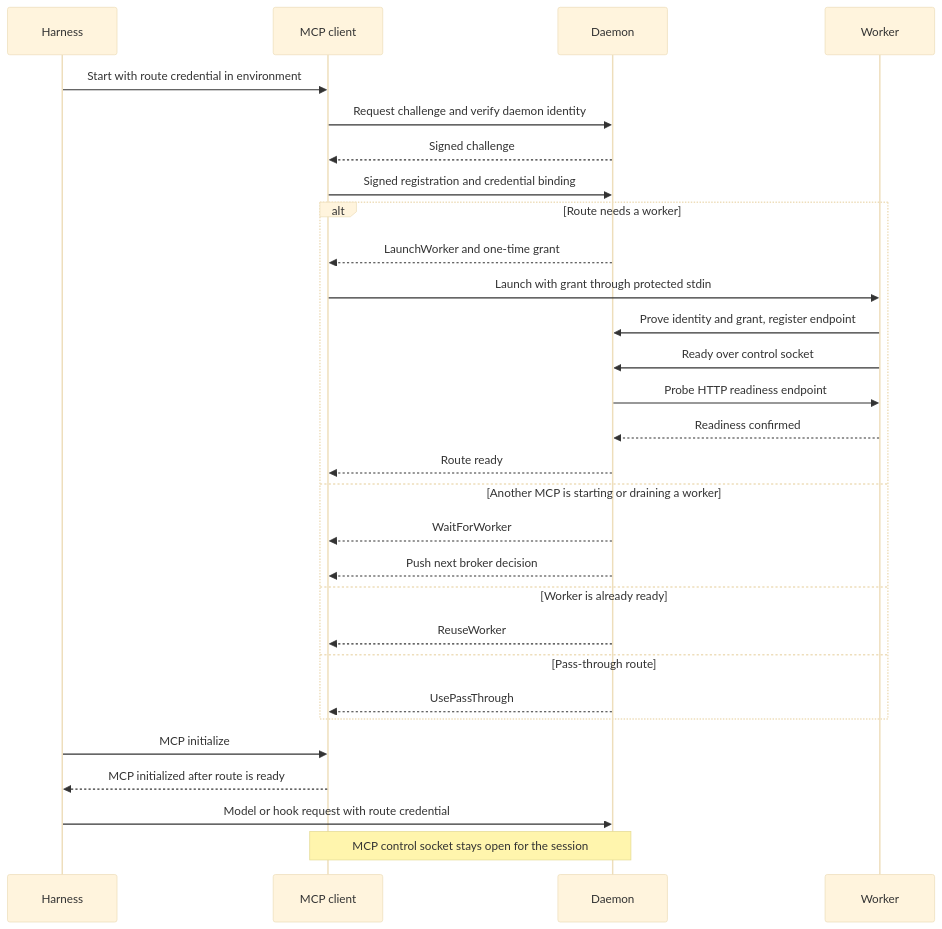
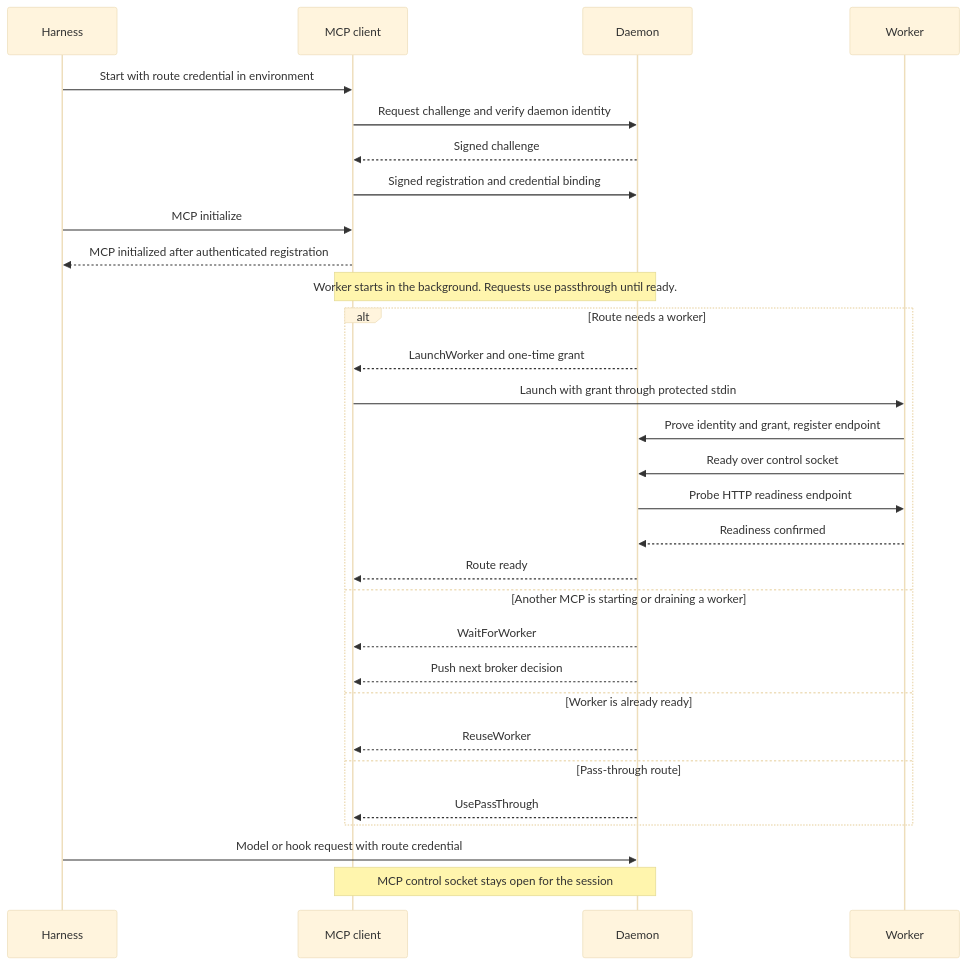
Before and after one commit to mnajafian-nv/NeMo-Relay: the third of 4 diagrams in fern/pages-dev/daemon/architecture.mdx, drawn with Mermaid (base theme). The commit also changed other lines of this file and 694 other files, not shown here.

````diff
--- a/fern/pages-dev/daemon/architecture.mdx
+++ b/fern/pages-dev/daemon/architecture.mdx
@@ -101,31 +108,32 @@
 ```mermaid
 sequenceDiagram
     participant H as Harness
     participant M as MCP client
     participant D as Daemon
     participant W as Worker
     H->>M: Start with route credential in environment
     M->>D: Request challenge and verify daemon identity
     D-->>M: Signed challenge
     M->>D: Signed registration and credential binding
+    H->>M: MCP initialize
+    M-->>H: MCP initialized after authenticated registration
+    Note over M,D: Worker starts in the background. Requests use passthrough until ready.
     alt Route needs a worker
         D-->>M: LaunchWorker and one-time grant
         M->>W: Launch with grant through protected stdin
         W->>D: Prove identity and grant, register endpoint
         W->>D: Ready over control socket
         D->>W: Probe HTTP readiness endpoint
         W-->>D: Readiness confirmed
         D-->>M: Route ready
     else Another MCP is starting or draining a worker
         D-->>M: WaitForWorker
         D-->>M: Push next broker decision
     else Worker is already ready
         D-->>M: ReuseWorker
     else Pass-through route
         D-->>M: UsePassThrough
     end
-    H->>M: MCP initialize
-    M-->>H: MCP initialized after route is ready
     H->>D: Model or hook request with route credential
     Note over M,D: MCP control socket stays open for the session
 ```
````
